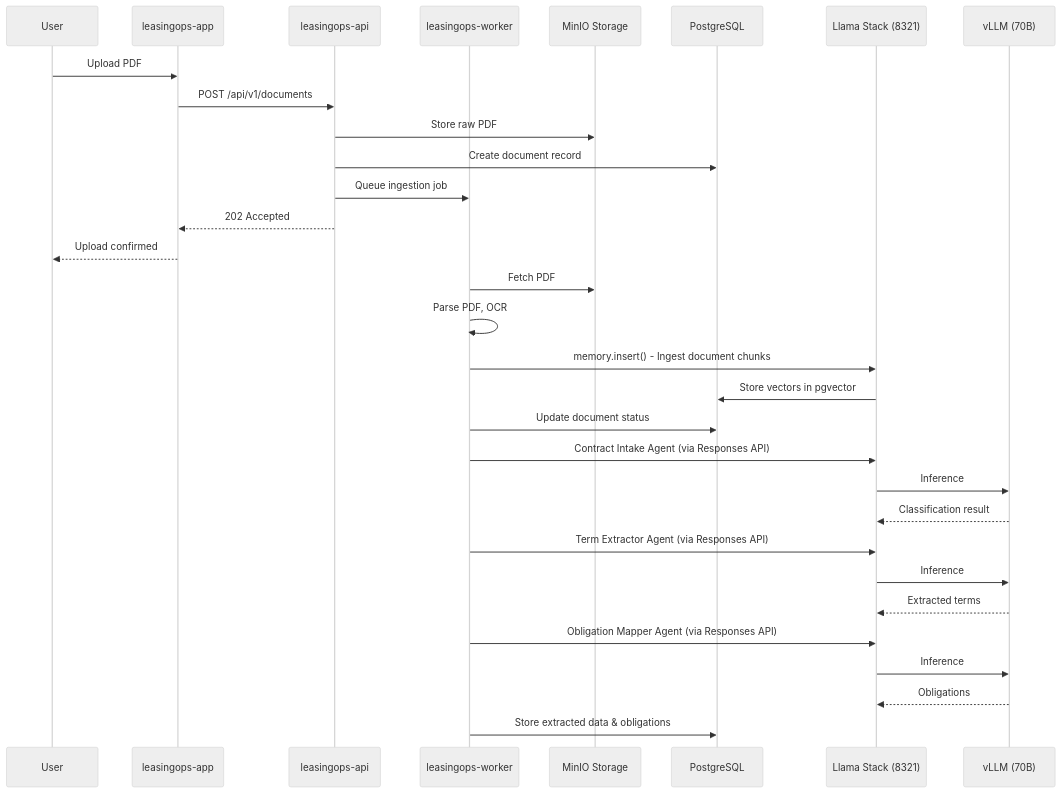
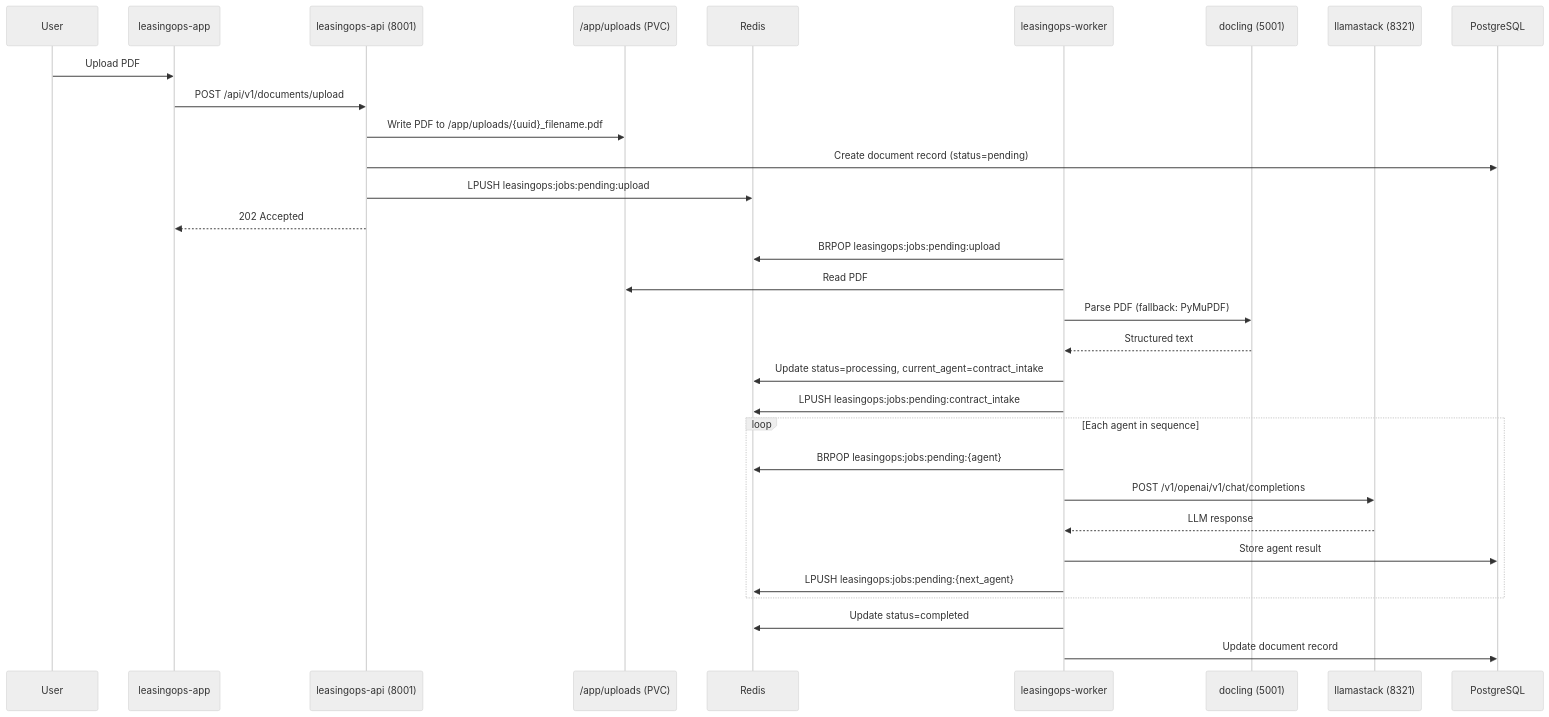
Before and after one commit to rh-ai-quickstart/Agentic-Lease-Management-and-Reconciliation-with-Codvo: the third of 3 diagrams in docs/ARCHITECTURE.md, drawn with Mermaid (neutral theme). The commit also changed other lines of this file, not shown here.

First line of the commit message:
docs(architecture): rewrite to match actual CRC deployment

````diff
--- a/docs/ARCHITECTURE.md
+++ b/docs/ARCHITECTURE.md
@@ -388,36 +194,37 @@
 ```mermaid
 sequenceDiagram
     participant User
     participant App as leasingops-app
-    participant API as leasingops-api
+    participant API as leasingops-api (8001)
+    participant PVC as /app/uploads (PVC)
+    participant Redis
     participant Worker as leasingops-worker
-    participant S3 as MinIO Storage
+    participant Docling as docling (5001)
+    participant LS as llamastack (8321)
     participant PG as PostgreSQL
-    participant LS as Llama Stack (8321)
-    participant VLLM as vLLM (70B)
 
     User->>App: Upload PDF
-    App->>API: POST /api/v1/documents
-    API->>S3: Store raw PDF
-    API->>PG: Create document record
-    API->>Worker: Queue ingestion job
+    App->>API: POST /api/v1/documents/upload
+    API->>PVC: Write PDF to /app/uploads/{uuid}_filename.pdf
+    API->>PG: Create document record (status=pending)
+    API->>Redis: LPUSH leasingops:jobs:pending:upload
     API-->>App: 202 Accepted
-    App-->>User: Upload confirmed
 
-    Worker->>S3: Fetch PDF
-    Worker->>Worker: Parse PDF, OCR
-    Worker->>LS: memory.insert() - Ingest document chunks
-    LS->>PG: Store vectors in pgvector
-    Worker->>PG: Update document status
+    Worker->>Redis: BRPOP leasingops:jobs:pending:upload
+    Worker->>PVC: Read PDF
+    Worker->>Docling: Parse PDF (fallback: PyMuPDF)
+    Docling-->>Worker: Structured text
+    Worker->>Redis: Update status=processing, current_agent=contract_intake
+    Worker->>Redis: LPUSH leasingops:jobs:pending:contract_intake
 
-    Worker->>LS: Contract Intake Agent (via Responses API)
-    LS->>VLLM: Inference
-    VLLM-->>LS: Classification result
-    Worker->>LS: Term Extractor Agent (via Responses API)
-    LS->>VLLM: Inference
-    VLLM-->>LS: Extracted terms
-    Worker->>LS: Obligation Mapper Agent (via Responses API)
-    LS->>VLLM: Inference
-    VLLM-->>LS: Obligations
-    Worker->>PG: Store extracted data & obligations
+    loop Each agent in sequence
+        Worker->>Redis: BRPOP leasingops:jobs:pending:{agent}
+        Worker->>LS: POST /v1/openai/v1/chat/completions
+        LS-->>Worker: LLM response
+        Worker->>PG: Store agent result
+        Worker->>Redis: LPUSH leasingops:jobs:pending:{next_agent}
+    end
+
+    Worker->>Redis: Update status=completed
+    Worker->>PG: Update document record
 ```
````
